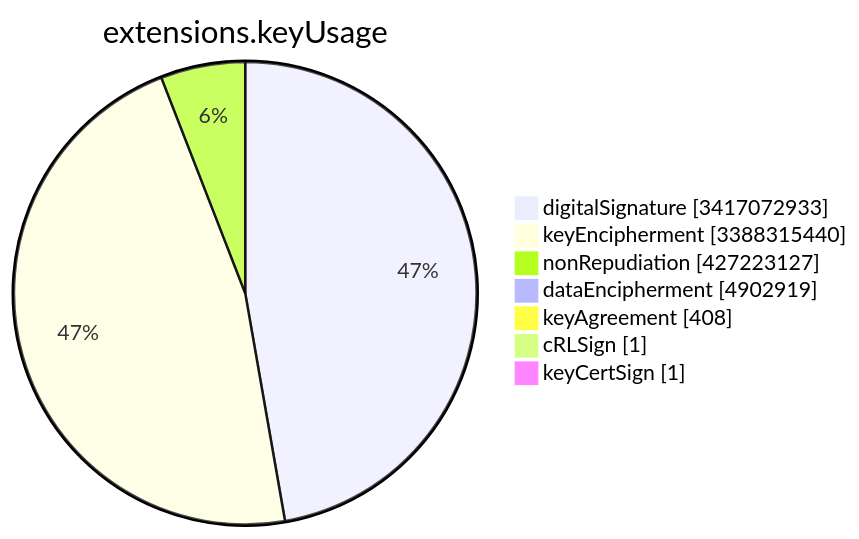
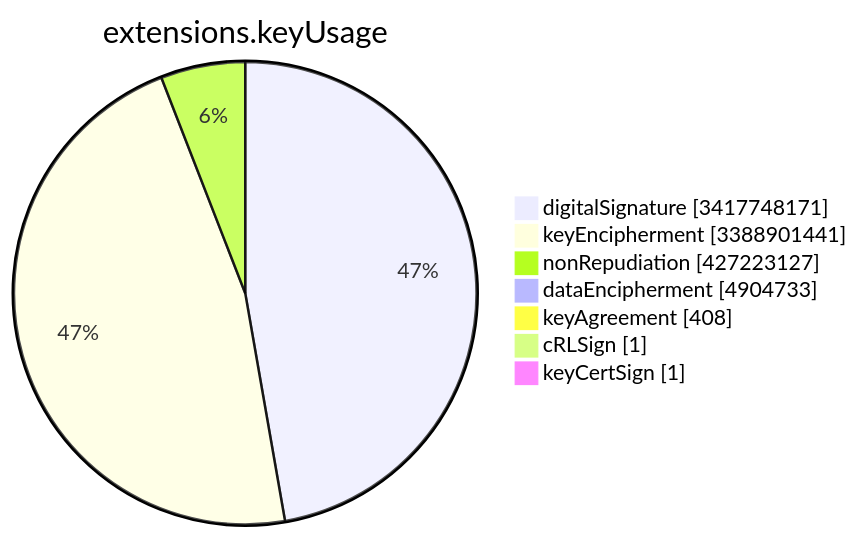
Before and after one commit to christiankrug/ctmonitor_visualization: the sixth of 15 diagrams in TOTAL/README.md, drawn with Mermaid. The commit also changed other lines of this file, not shown here.

````diff
--- a/TOTAL/README.md
+++ b/TOTAL/README.md
@@ -3081,11 +3081,11 @@
 ```mermaid
 pie showData
 title extensions.keyUsage
-"digitalSignature" :3417072933
-"keyEncipherment" :3388315440
+"digitalSignature" :3417748171
+"keyEncipherment" :3388901441
 "nonRepudiation" :427223127
-"dataEncipherment" :4902919
+"dataEncipherment" :4904733
 "keyAgreement" :408
 "cRLSign" :1
 "keyCertSign" :1
 ```
````
